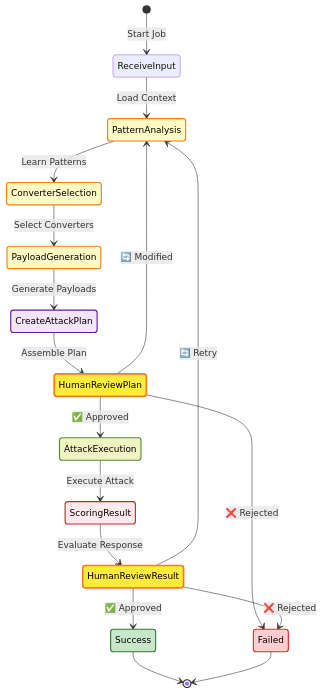
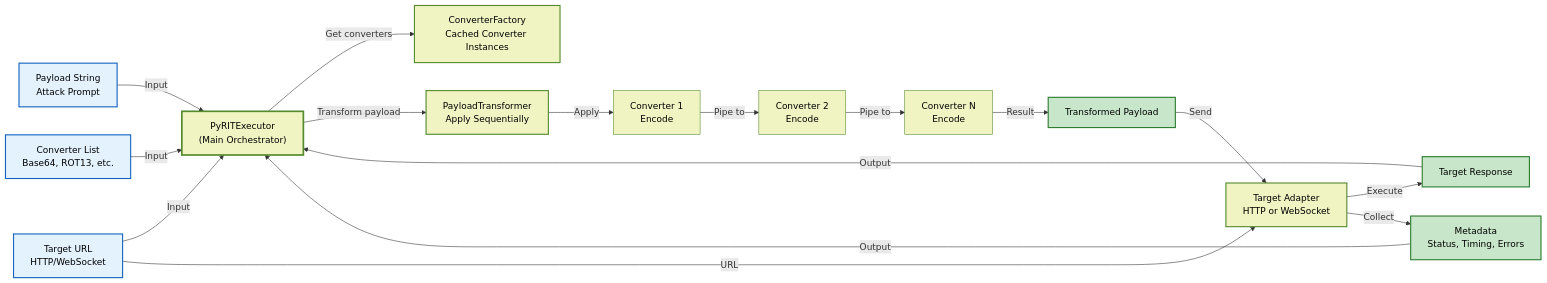
The sixth of 13 diagrams in services/snipers/README.md (h19overflow/ASPEXA_AUTOMA), drawn with Mermaid before and after one commit. The commit also changed other lines of this file and 45 other files, not shown here.

First line of the commit message:
Add unit tests for Swarm service schema intelligence integration

````diff
--- a/services/snipers/README.md
+++ b/services/snipers/README.md
@@ -304,40 +346,58 @@
 ```mermaid
-stateDiagram-v2
-    [*] --> ReceiveInput: Start Job
+graph LR
+    A["Payload String<br/>Attack Prompt"]
+    B["Converter List<br/>Base64, ROT13, etc."]
+    C["Target URL<br/>HTTP/WebSocket"]
 
-    ReceiveInput --> PatternAnalysis: Load Context
+    D["PyRITExecutor<br/>(Main Orchestrator)"]
+    E["ConverterFactory<br/>Cached Converter Instances"]
+    F["PayloadTransformer<br/>Apply Sequentially"]
 
-    PatternAnalysis --> ConverterSelection: Learn Patterns
+    G1["Converter 1<br/>Encode"]
+    G2["Converter 2<br/>Encode"]
+    G3["Converter N<br/>Encode"]
 
-    ConverterSelection --> PayloadGeneration: Select Converters
+    H["Target Adapter<br/>HTTP or WebSocket"]
 
-    PayloadGeneration --> CreateAttackPlan: Generate Payloads
+    I["Transformed Payload"]
+    J["Target Response"]
+    K["Metadata<br/>Status, Timing, Errors"]
 
-    CreateAttackPlan --> HumanReviewPlan: Assemble Plan
+    A -->|Input| D
+    B -->|Input| D
+    C -->|Input| D
 
-    HumanReviewPlan --> AttackExecution: ✅ Approved
-    HumanReviewPlan --> PatternAnalysis: 🔄 Modified
-    HumanReviewPlan --> Failed: ❌ Rejected
+    D -->|Get converters| E
+    D -->|Transform payload| F
 
-    AttackExecution --> ScoringResult: Execute Attack
+    F -->|Apply| G1
+    G1 -->|Pipe to| G2
+    G2 -->|Pipe to| G3
+    G3 -->|Result| I
 
-    ScoringResult --> HumanReviewResult: Evaluate Response
+    I -->|Send| H
+    C -->|URL| H
+    H -->|Execute| J
+    H -->|Collect| K
 
-    HumanReviewResult --> Success: ✅ Approved
-    HumanReviewResult --> PatternAnalysis: 🔄 Retry
-    HumanReviewResult --> Failed: ❌ Rejected
+    J -->|Output| D
+    K -->|Output| D
 
-    Success --> [*]
-    Failed --> [*]
+    style A fill:#e3f2fd,stroke:#1565c0,color:#000,stroke-width:2px
+    style B fill:#e3f2fd,stroke:#1565c0,color:#000,stroke-width:2px
+    style C fill:#e3f2fd,stroke:#1565c0,color:#000,stroke-width:2px
 
-    style PatternAnalysis fill:#fff9c4,stroke:#f57f17,color:#000,stroke-width:2px
-    style ConverterSelection fill:#fff9c4,stroke:#f57f17,color:#000,stroke-width:2px
-    style PayloadGeneration fill:#fff9c4,stroke:#f57f17,color:#000,stroke-width:2px
-    style CreateAttackPlan fill:#f3e5f5,stroke:#6a1b9a,color:#000,stroke-width:2px
-    style HumanReviewPlan fill:#ffeb3b,stroke:#f57f17,color:#000,stroke-width:3px
-    style AttackExecution fill:#f0f4c3,stroke:#558b2f,color:#000,stroke-width:2px
-    style ScoringResult fill:#ffebee,stroke:#c62828,color:#000,stroke-width:2px
-    style HumanReviewResult fill:#ffeb3b,stroke:#f57f17,color:#000,stroke-width:3px
-    style Success fill:#c8e6c9,stroke:#2e7d32,color:#000,stroke-width:2px
-    style Failed fill:#ffcdd2,stroke:#d32f2f,color:#000,stroke-width:2px
+    style D fill:#f0f4c3,stroke:#558b2f,color:#000,stroke-width:3px
+    style E fill:#f0f4c3,stroke:#558b2f,color:#000,stroke-width:2px
+    style F fill:#f0f4c3,stroke:#558b2f,color:#000,stroke-width:2px
+
+    style G1 fill:#f0f4c3,stroke:#558b2f,color:#000
+    style G2 fill:#f0f4c3,stroke:#558b2f,color:#000
+    style G3 fill:#f0f4c3,stroke:#558b2f,color:#000
+
+    style H fill:#f0f4c3,stroke:#558b2f,color:#000,stroke-width:2px
+
+    style I fill:#c8e6c9,stroke:#2e7d32,color:#000,stroke-width:2px
+    style J fill:#c8e6c9,stroke:#2e7d32,color:#000,stroke-width:2px
+    style K fill:#c8e6c9,stroke:#2e7d32,color:#000,stroke-width:2px
 ```
````
